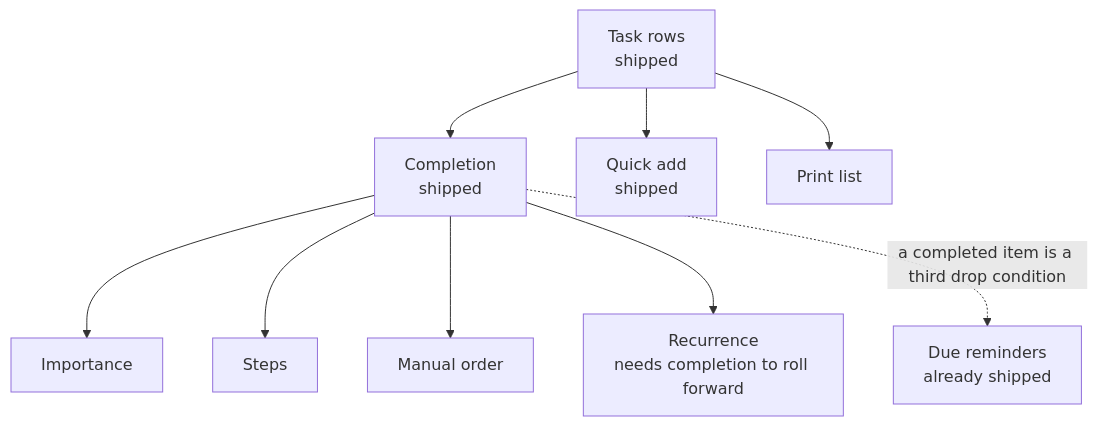
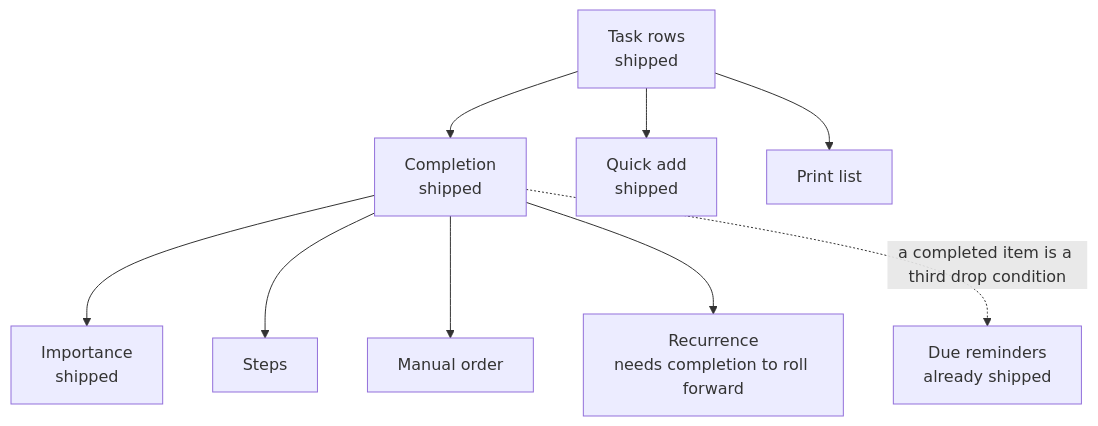
One commit to Esposter/Esposter changed the diagram in apps/web/content/docs/proposals/resource/todo-list/index.md. Above: the diagram before and after it, drawn with Mermaid. The commit also changed other lines of this file and 19 other files, not shown here.

````diff
--- a/apps/web/content/docs/proposals/resource/todo-list/index.md
+++ b/apps/web/content/docs/proposals/resource/todo-list/index.md
@@ -27,11 +27,11 @@
 ```mermaid
 flowchart TD
   ROWS[Task rows<br/>shipped] --> DONE[Completion<br/>shipped]
   ROWS --> ADD[Quick add<br/>shipped]
   ROWS --> PRINT[Print list]
-  DONE --> STAR[Importance]
+  DONE --> STAR[Importance<br/>shipped]
   DONE --> STEPS[Steps]
   DONE --> ORDER[Manual order]
   DONE --> REPEAT[Recurrence<br/>needs completion to roll forward]
   DONE -.->|a completed item is a third drop condition| REM[Due reminders<br/>already shipped]
 ```
````
